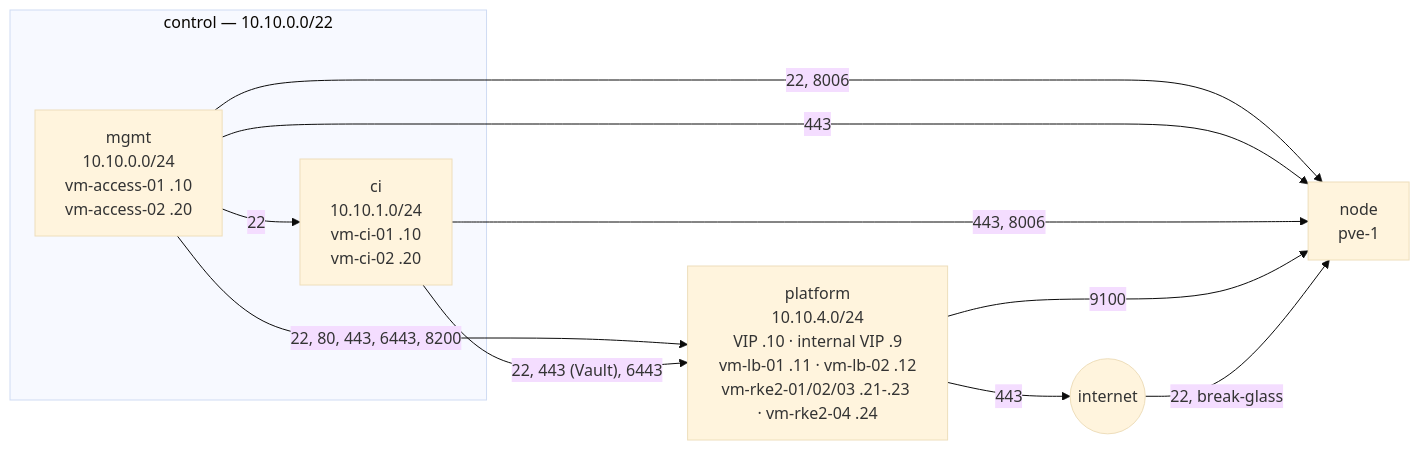
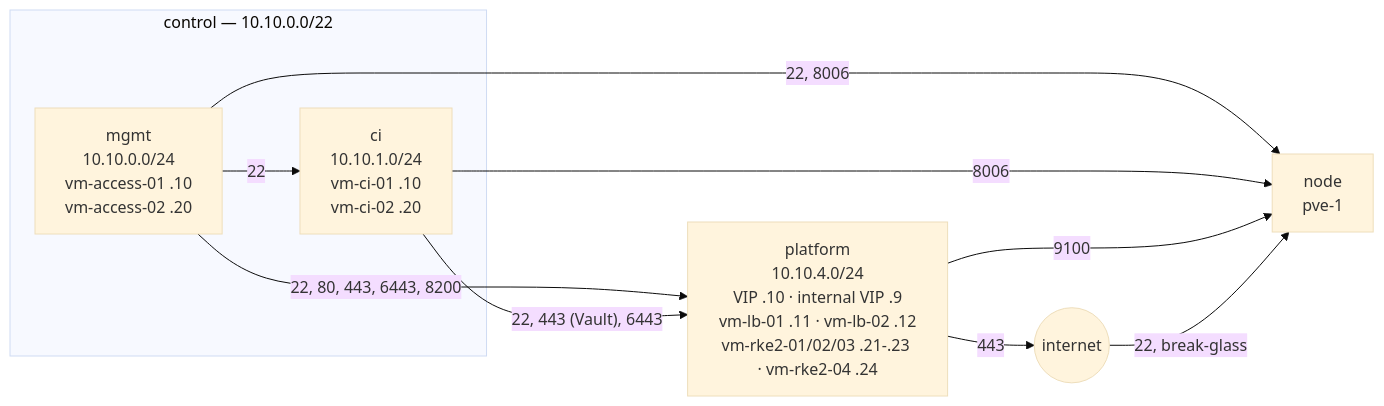
Before and after one commit to 0xc0-labs/infrastructure: the third of 7 diagrams in docs/architecture.md, drawn with Mermaid (base theme). The commit also changed other lines of this file and 9 other files, not shown here.

````diff
--- a/docs/architecture.md
+++ b/docs/architecture.md
@@ -201,20 +208,19 @@
 ```mermaid
 flowchart LR
   subgraph control["control — 10.10.0.0/22"]
     mgmt["mgmt<br/>10.10.0.0/24<br/>vm-access-01 .10<br/>vm-access-02 .20"]
     ci["ci<br/>10.10.1.0/24<br/>vm-ci-01 .10<br/>vm-ci-02 .20"]
   end
   platform["platform<br/>10.10.4.0/24<br/>VIP .10 · internal VIP .9<br/>vm-lb-01 .11 · vm-lb-02 .12<br/>vm-rke2-01/02/03 .21-.23 · vm-rke2-04 .24"]
   node["node<br/>pve-1"]
   internet(("internet"))
 
   mgmt -- "22" --> ci
   mgmt -- "22, 80, 443, 6443, 8200" --> platform
   mgmt -- "22, 8006" --> node
-  mgmt -- "443" --> node
   ci -- "22, 443 (Vault), 6443" --> platform
-  ci -- "443, 8006" --> node
+  ci -- "8006" --> node
   platform -- "9100" --> node
   platform -- "443" --> internet
   internet -- "22, break-glass" --> node
 ```
````
